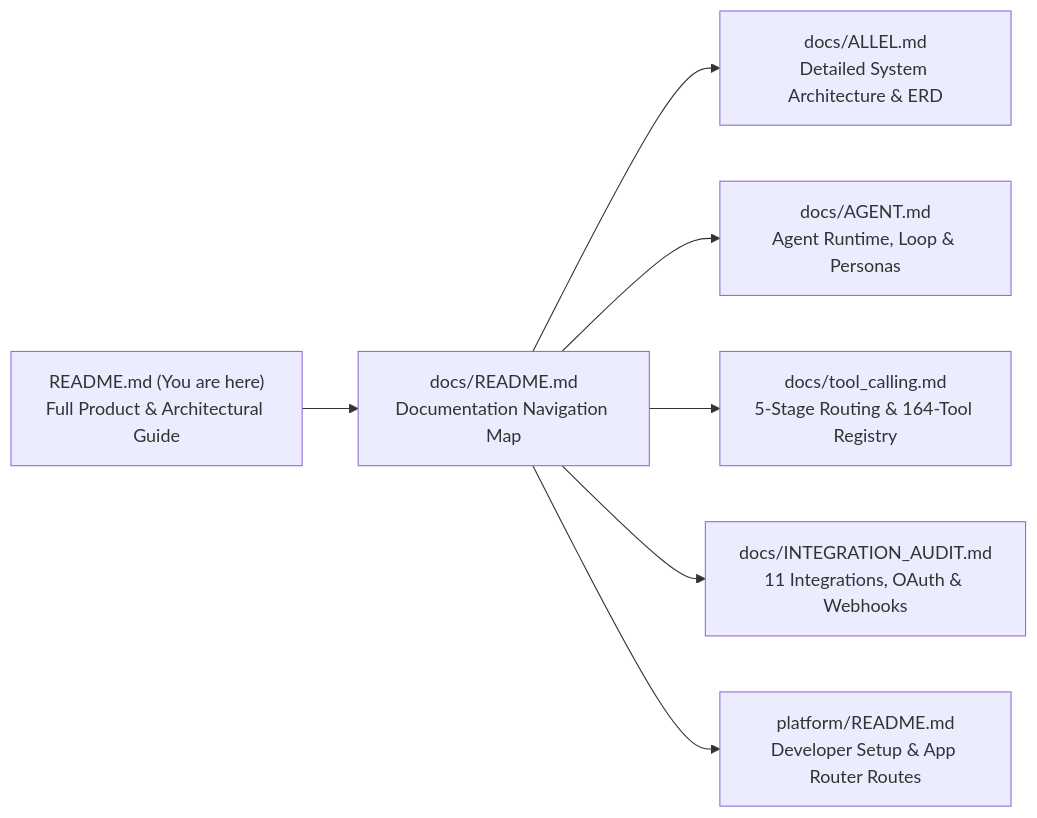
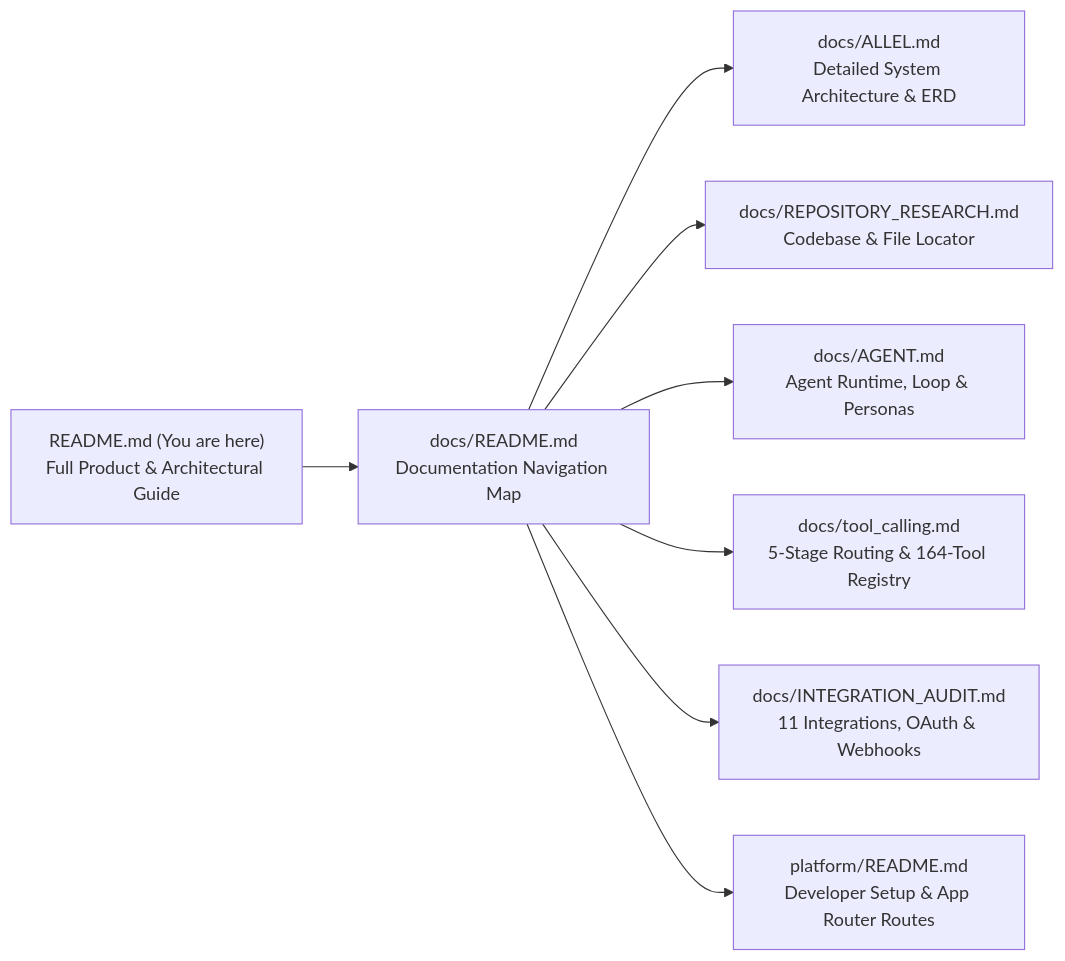
One commit to kushagarasingh9-oss/Allel changed diagram 16 of 16 in README.md. Above: the diagram before and after it, drawn with Mermaid. The commit also changed other lines of this file and 6 other files, not shown here.

Commit message:
docs: add reviewer codebase architecture and file locator guides to docs

````diff
--- a/README.md
+++ b/README.md
@@ -794,9 +795,10 @@
 ```mermaid
 flowchart LR
     Root["README.md (You are here)<br/>Full Product & Architectural Guide"] --> DocsNav["docs/README.md<br/>Documentation Navigation Map"]
     DocsNav --> Arch["docs/ALLEL.md<br/>Detailed System Architecture & ERD"]
+    DocsNav --> RepoDoc["docs/REPOSITORY_RESEARCH.md<br/>Codebase & File Locator"]
     DocsNav --> AgentDoc["docs/AGENT.md<br/>Agent Runtime, Loop & Personas"]
     DocsNav --> ToolsDoc["docs/tool_calling.md<br/>5-Stage Routing & 164-Tool Registry"]
     DocsNav --> IngestDoc["docs/INTEGRATION_AUDIT.md<br/>11 Integrations, OAuth & Webhooks"]
     DocsNav --> PlatformDoc["platform/README.md<br/>Developer Setup & App Router Routes"]
 ```
````
